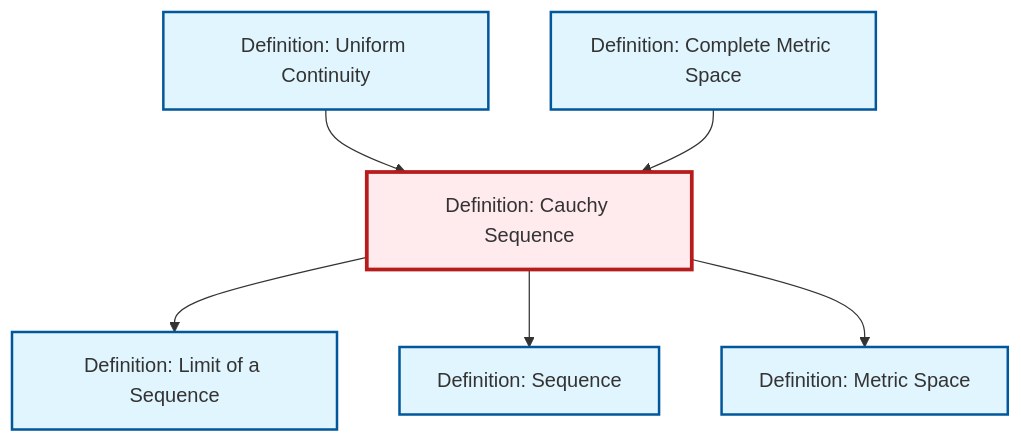
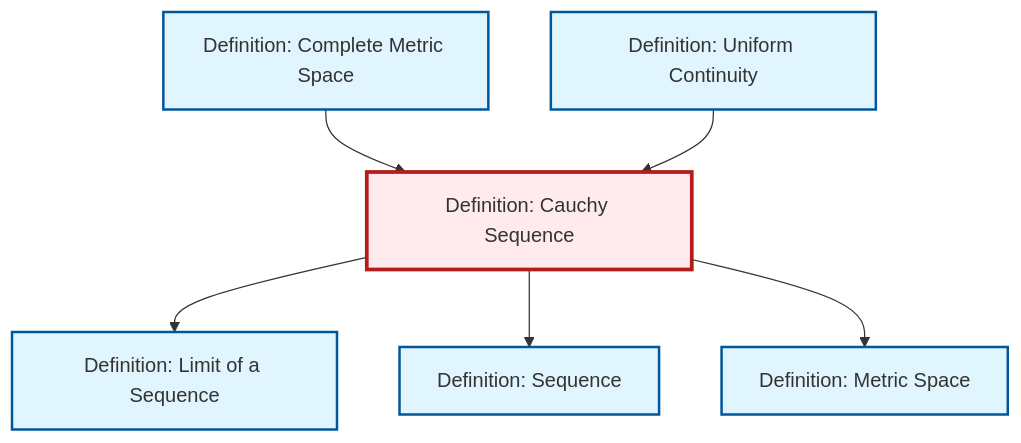
One commit to RK0429/ModernMath changed the diagram in content/en/analysis/def-cauchy-sequence.qmd. Above: the diagram before and after it, drawn with Mermaid. The commit also changed other lines of this file and 619 other files, not shown here.

````diff
--- a/content/en/analysis/def-cauchy-sequence.qmd
+++ b/content/en/analysis/def-cauchy-sequence.qmd
@@ -88,26 +88,26 @@
 ```{mermaid}
 %%| fig-cap: "Local dependency graph"
 graph TD
     classDef definition fill:#e1f5fe,stroke:#01579b,stroke-width:2px
     classDef theorem fill:#f3e5f5,stroke:#4a148c,stroke-width:2px
     classDef axiom fill:#fff3e0,stroke:#e65100,stroke-width:2px
     classDef example fill:#e8f5e9,stroke:#1b5e20,stroke-width:2px
     classDef current fill:#ffebee,stroke:#b71c1c,stroke-width:3px
+    def-metric-space["Definition: Metric Space"]:::definition
     def-complete-metric-space["Definition: Complete Metric Space"]:::definition
-    def-uniform-continuity["Definition: Uniform Continuity"]:::definition
-    def-metric-space["Definition: Metric Space"]:::definition
     def-cauchy-sequence["Definition: Cauchy Sequence"]:::definition
     def-sequence["Definition: Sequence"]:::definition
+    def-uniform-continuity["Definition: Uniform Continuity"]:::definition
     def-limit["Definition: Limit of a Sequence"]:::definition
+    def-cauchy-sequence --> def-limit
+    def-complete-metric-space --> def-cauchy-sequence
+    def-cauchy-sequence --> def-sequence
     def-uniform-continuity --> def-cauchy-sequence
-    def-complete-metric-space --> def-cauchy-sequence
-    def-cauchy-sequence --> def-limit
-    def-cauchy-sequence --> def-sequence
     def-cauchy-sequence --> def-metric-space
     class def-cauchy-sequence current
+    click def-metric-space "def-metric-space.html" "Go to Metric Space definition"
     click def-complete-metric-space "def-complete-metric-space.html" "Go to Complete Metric Space definition"
+    click def-sequence "def-sequence.html" "Go to Sequence definition"
     click def-uniform-continuity "def-uniform-continuity.html" "Go to Uniform Continuity definition"
-    click def-metric-space "def-metric-space.html" "Go to Metric Space definition"
-    click def-sequence "def-sequence.html" "Go to Sequence definition"
     click def-limit "def-limit.html" "Go to Limit of a Sequence definition"
 ```
````
